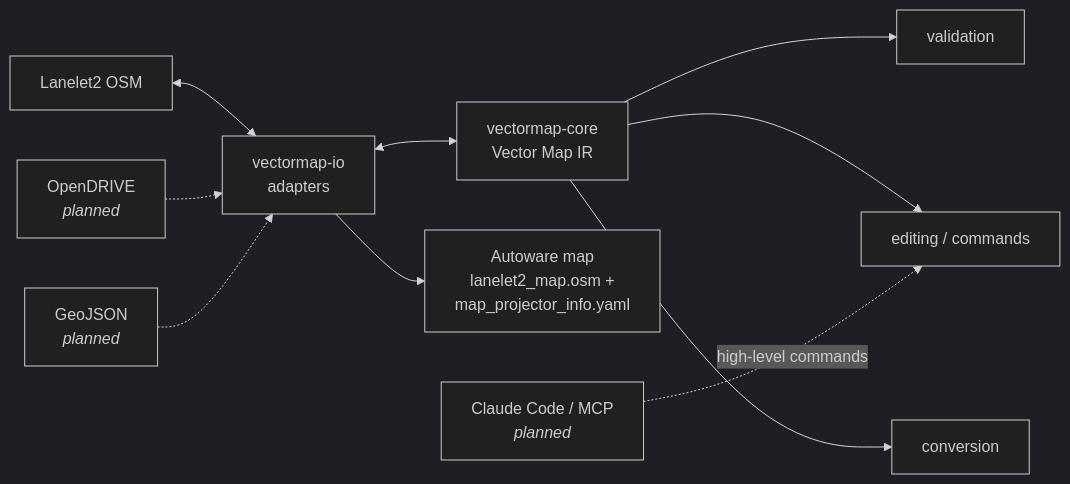
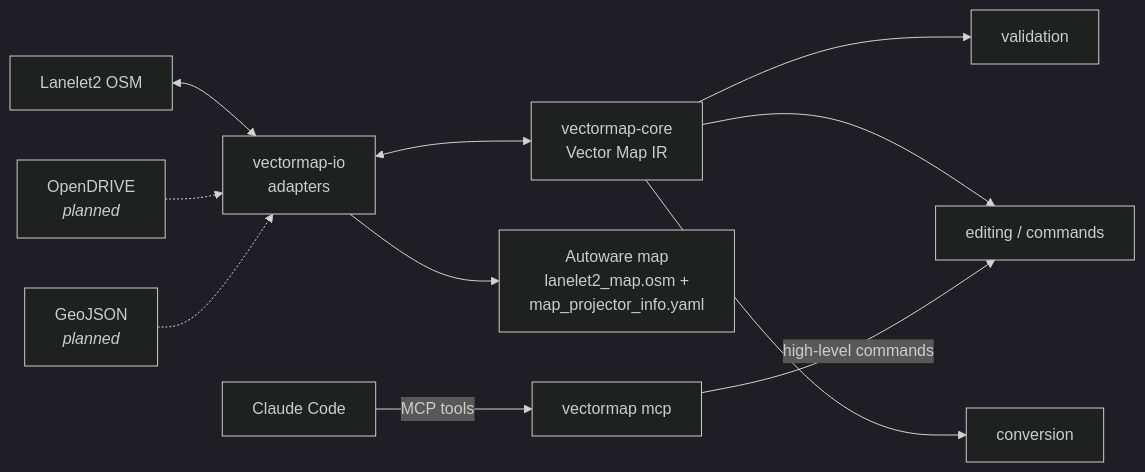
One commit to rsasaki0109/vectormap-rs changed the diagram in README.md. Above: the diagram before and after it, drawn with Mermaid (dark theme). The commit also changed other lines of this file and 15 other files, not shown here.

First line of the commit message:
Add MCP server (vectormap mcp) (#1)

````diff
--- a/README.md
+++ b/README.md
@@ -11,12 +11,13 @@
 ```mermaid
 flowchart LR
     L2[Lanelet2 OSM] <--> IO
     XODR[OpenDRIVE<br/><i>planned</i>] -.-> IO
     GJ[GeoJSON<br/><i>planned</i>] -.-> IO
     IO[vectormap-io<br/>adapters] <--> CORE[vectormap-core<br/>Vector Map IR]
     CORE --> VAL[validation]
     CORE --> EDIT[editing / commands]
     CORE --> CONV[conversion]
     IO --> AW[Autoware map<br/>lanelet2_map.osm +<br/>map_projector_info.yaml]
-    AGENT[Claude Code / MCP<br/><i>planned</i>] -. high-level commands .-> EDIT
+    AGENT[Claude Code] -- MCP tools --> MCP[vectormap mcp]
+    MCP -- high-level commands --> EDIT
 ```
````
